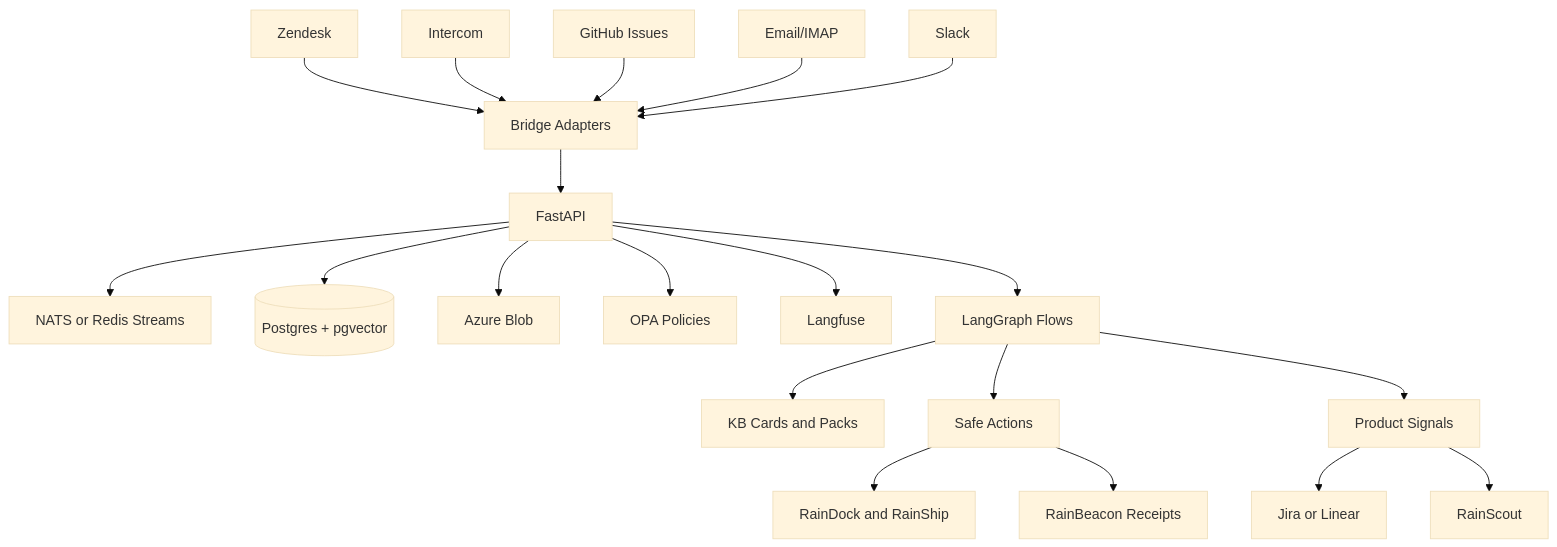
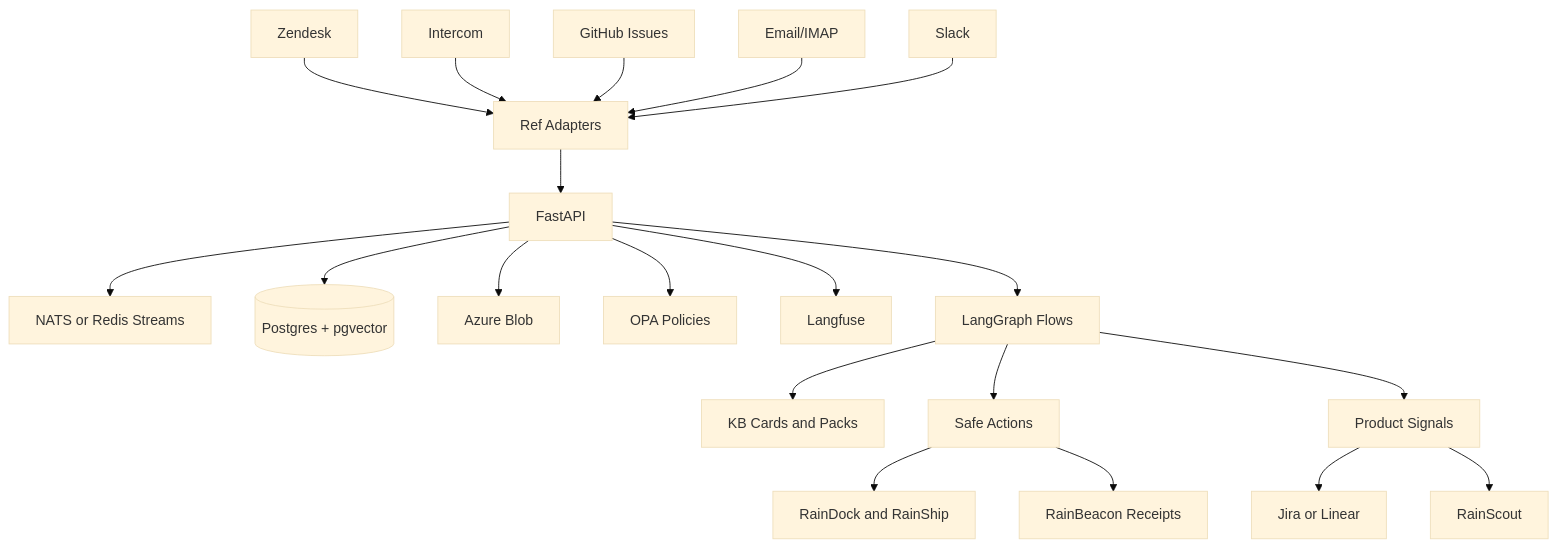
One commit to aurelius-in/RainRef changed the third of 5 diagrams in README.md. Above: the diagram before and after it, drawn with Mermaid (base theme). The commit also changed other lines of this file, not shown here.

````diff
--- a/README.md
+++ b/README.md
@@ -198,25 +200,25 @@
 ```mermaid
 graph TB
-  ZD[Zendesk] --> GW[Bridge Adapters]
+  ZD[Zendesk] --> GW[Ref Adapters]
   IC[Intercom] --> GW
   GH[GitHub Issues] --> GW
   EM[Email/IMAP] --> GW
   SL[Slack] --> GW
 
   GW --> API[FastAPI]
   API --> EVT[NATS or Redis Streams]
   API --> DB[(Postgres + pgvector)]
   API --> BLOB[Azure Blob]
   API --> POL[OPA Policies]
   API --> TRACE[Langfuse]
 
   API --> ORCH[LangGraph Flows]
   ORCH --> KB[KB Cards and Packs]
   ORCH --> ACT[Safe Actions]
   ACT --> DOCK[RainDock and RainShip]
   ACT --> RBC[RainBeacon Receipts]
   ORCH --> SIG[Product Signals]
 
   SIG --> JIRA[Jira or Linear]
   SIG --> RSC[RainScout]
 ```
````
